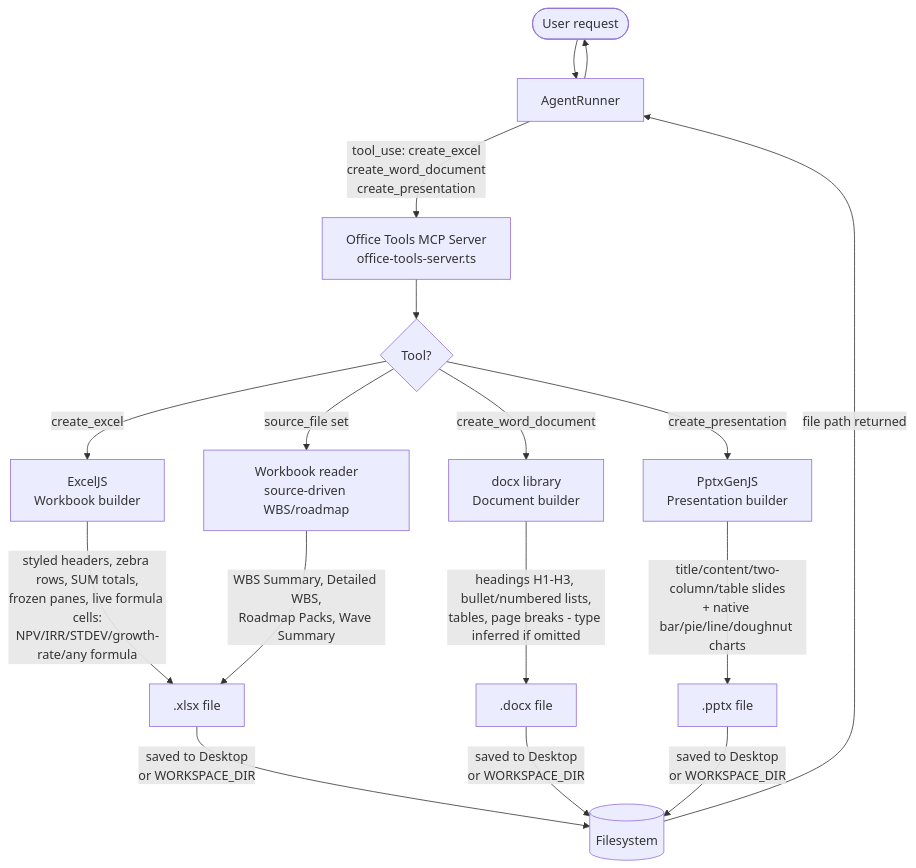
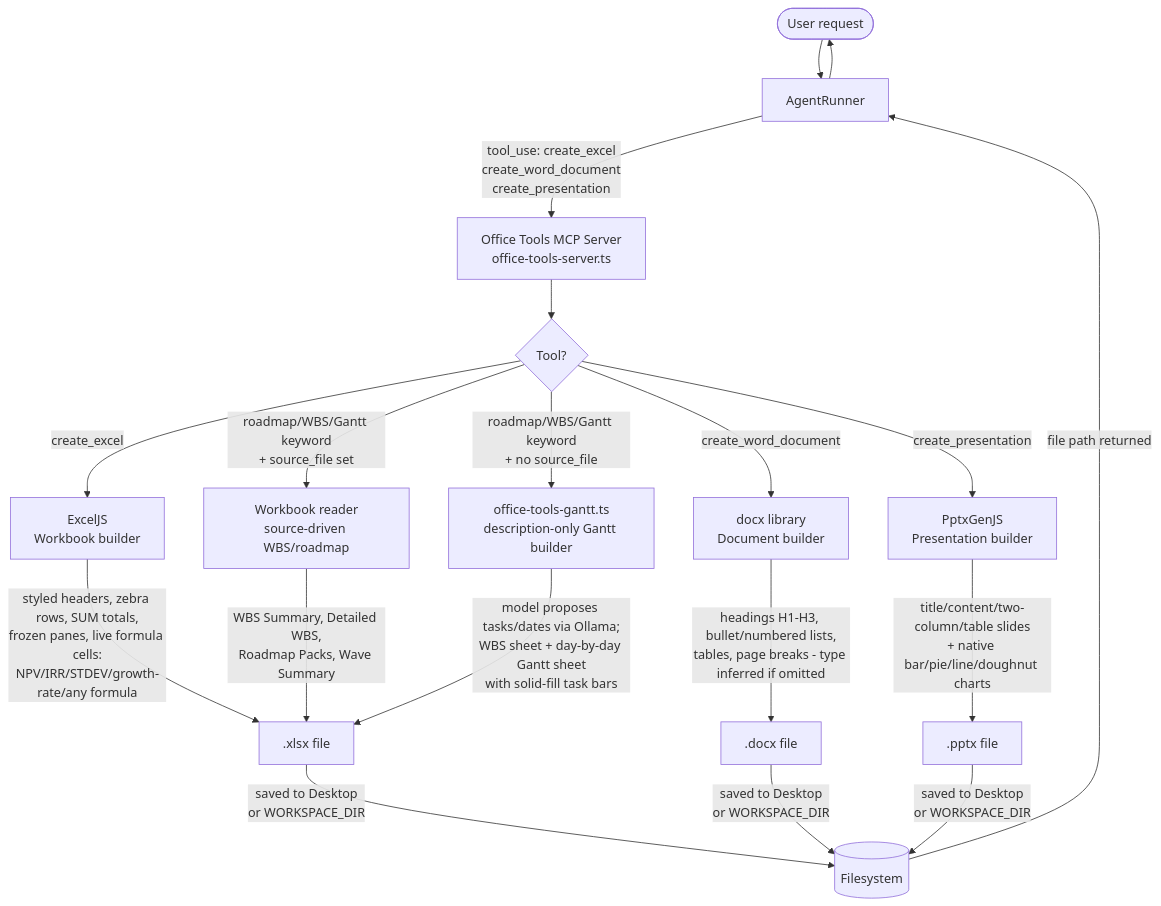
One commit to dineshsrivastava07-cell/dsr-CoworkAI changed the sixth of 13 diagrams in Architecture.md. Above: the diagram before and after it, drawn with Mermaid. The commit also changed other lines of this file and 13 other files, not shown here.

````diff
--- a/Architecture.md
+++ b/Architecture.md
@@ -176,20 +205,22 @@
 ```mermaid
 flowchart TD
     U([User request]) --> AR[AgentRunner]
     AR -->|tool_use: create_excel\ncreate_word_document\ncreate_presentation| OTS[Office Tools MCP Server\noffice-tools-server.ts]
 
     OTS --> XL{Tool?}
     XL -- create_excel --> EXJ[ExcelJS\nWorkbook builder]
     XL -- create_word_document --> DCX[docx library\nDocument builder]
     XL -- create_presentation --> PPT[PptxGenJS\nPresentation builder]
-    XL -- source_file set --> WBS[Workbook reader\nsource-driven WBS/roadmap]
+    XL -- roadmap/WBS/Gantt keyword\n+ source_file set --> WBS[Workbook reader\nsource-driven WBS/roadmap]
+    XL -- roadmap/WBS/Gantt keyword\n+ no source_file --> GANTT[office-tools-gantt.ts\ndescription-only Gantt builder]
 
     EXJ -->|styled headers, zebra rows, SUM totals,\nfrozen panes, live formula cells:\nNPV/IRR/STDEV/growth-rate/any formula| XLSX[.xlsx file]
     DCX -->|headings H1-H3, bullet/numbered lists,\ntables, page breaks - type inferred if omitted| DOCX[.docx file]
     PPT -->|title/content/two-column/table slides\n+ native bar/pie/line/doughnut charts| PPTX[.pptx file]
     WBS -->|WBS Summary, Detailed WBS,\nRoadmap Packs, Wave Summary| XLSX
+    GANTT -->|model proposes tasks/dates via Ollama;\nWBS sheet + day-by-day Gantt sheet\nwith solid-fill task bars| XLSX
 
     XLSX & DOCX & PPTX -->|saved to Desktop\nor WORKSPACE_DIR| FS[(Filesystem)]
     FS -->|file path returned| AR
     AR --> U
 ```
````
